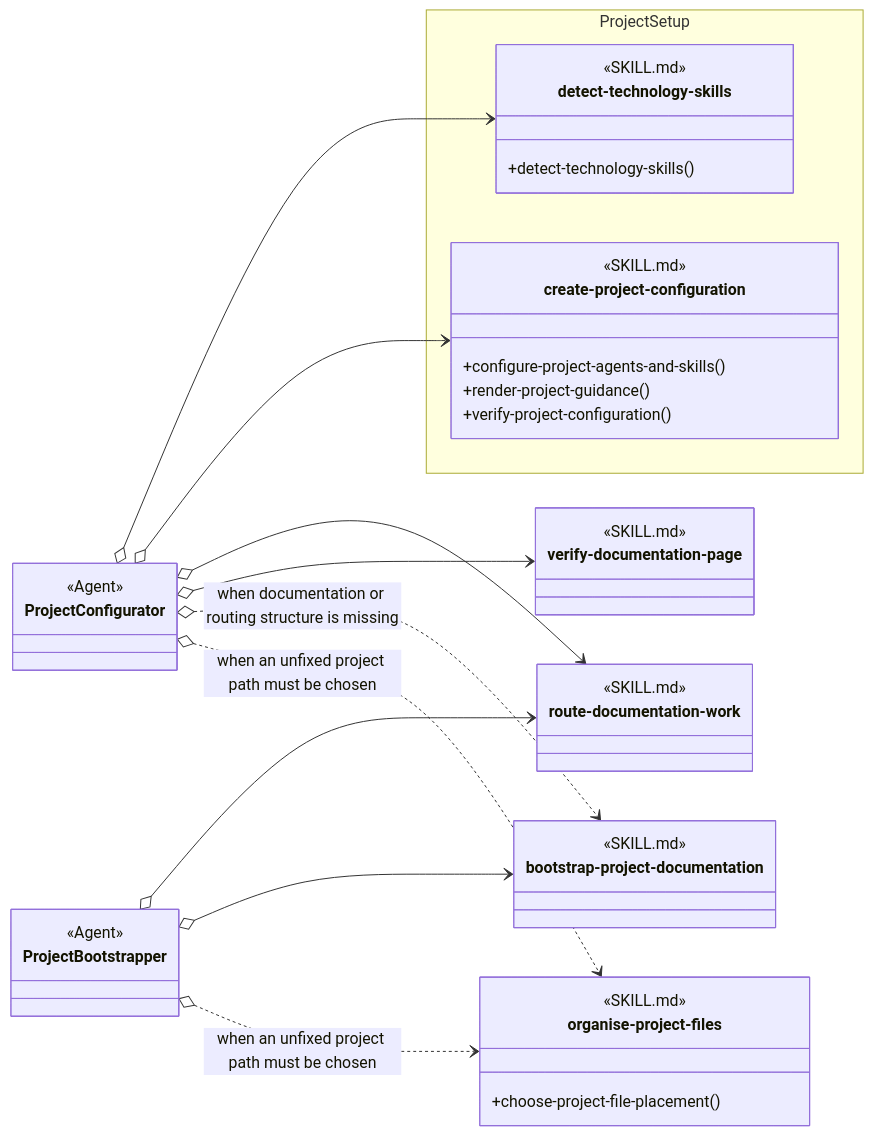
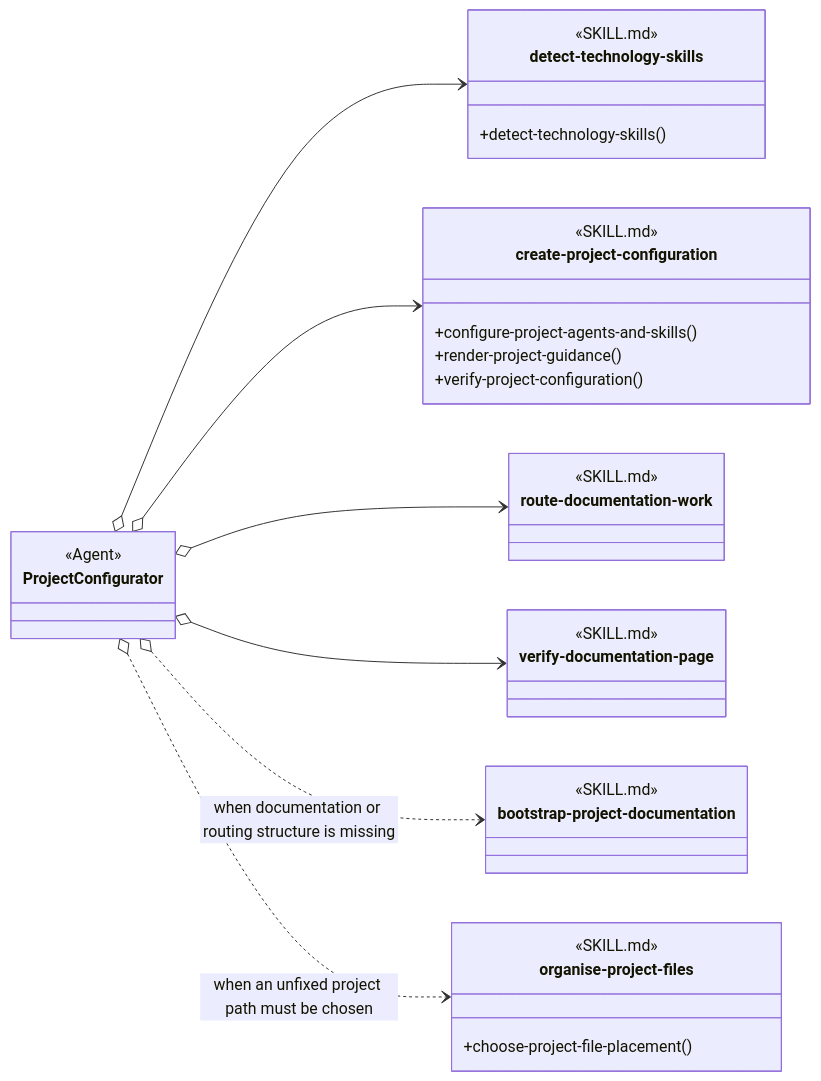
Before and after one commit to martinbechard/dev-methodology: the second of 3 diagrams in design/skill-groups/project-setup.md, drawn with Mermaid. The commit also changed other lines of this file and 8 other files, not shown here.

Commit message:
Clarify agent and skill group dependency views

````diff
--- a/design/skill-groups/project-setup.md
+++ b/design/skill-groups/project-setup.md
@@ -13,60 +51,50 @@
 ```mermaid
 classDiagram
     direction LR
 
     class ProjectConfigurator {
         <<Agent>>
     }
 
-    class ProjectBootstrapper {
-        <<Agent>>
+    class detect-technology-skills {
+        <<SKILL.md>>
+        <<Agent Skill>>
+        +detect-technology-skills()
     }
 
-    namespace ProjectSetup {
-        class detect-technology-skills {
-            <<SKILL.md>>
-            <<Agent Skill>>
-            +detect-technology-skills()
-        }
-
-        class create-project-configuration {
-            <<SKILL.md>>
-            <<Agent Skill>>
-            +configure-project-agents-and-skills()
-            +render-project-guidance()
-            +verify-project-configuration()
-        }
+    class create-project-configuration {
+        <<SKILL.md>>
+        <<Agent Skill>>
+        +configure-project-agents-and-skills()
+        +render-project-guidance()
+        +verify-project-configuration()
     }
 
     class route-documentation-work {
         <<SKILL.md>>
         <<Cross-group>>
     }
 
     class bootstrap-project-documentation {
         <<SKILL.md>>
         <<Cross-group>>
     }
 
     class verify-documentation-page {
         <<SKILL.md>>
         <<Cross-group>>
     }
 
     class organise-project-files {
         <<SKILL.md>>
         <<Cross-group>>
         +choose-project-file-placement()
     }
 
     ProjectConfigurator o--> detect-technology-skills
     ProjectConfigurator o--> create-project-configuration
     ProjectConfigurator o--> route-documentation-work
     ProjectConfigurator o--> verify-documentation-page
     ProjectConfigurator o..> bootstrap-project-documentation : when documentation or routing structure is missing
     ProjectConfigurator o..> organise-project-files : when an unfixed project path must be chosen
-
-    ProjectBootstrapper o--> route-documentation-work
-    ProjectBootstrapper o--> bootstrap-project-documentation
-    ProjectBootstrapper o..> organise-project-files : when an unfixed project path must be chosen
 ```
````
